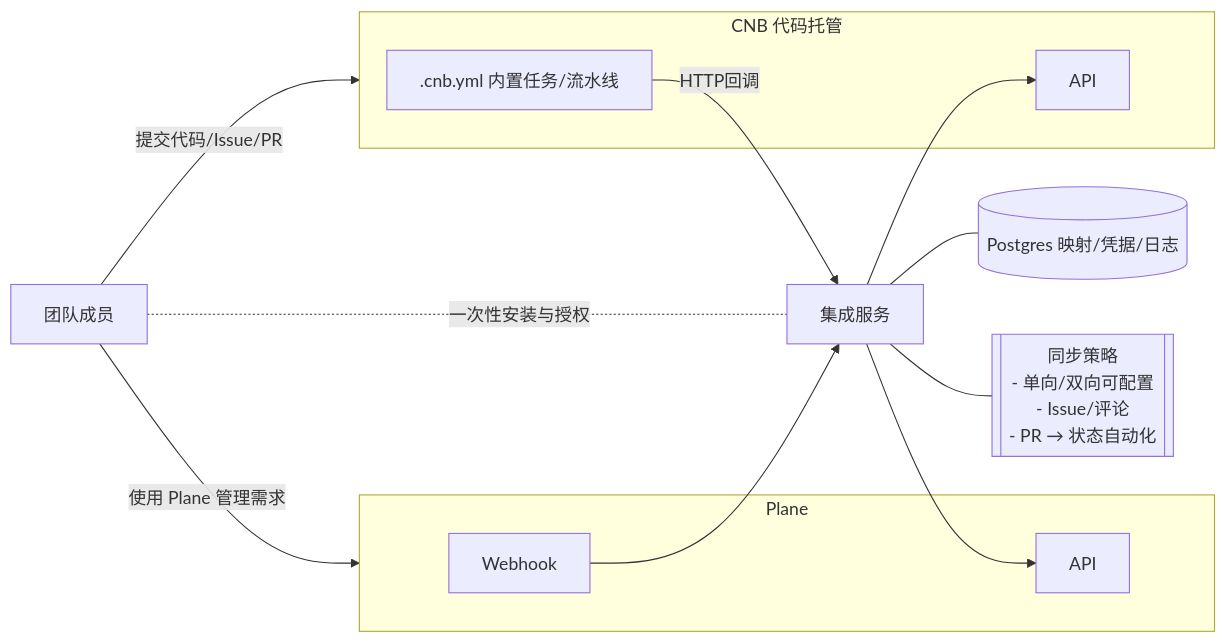
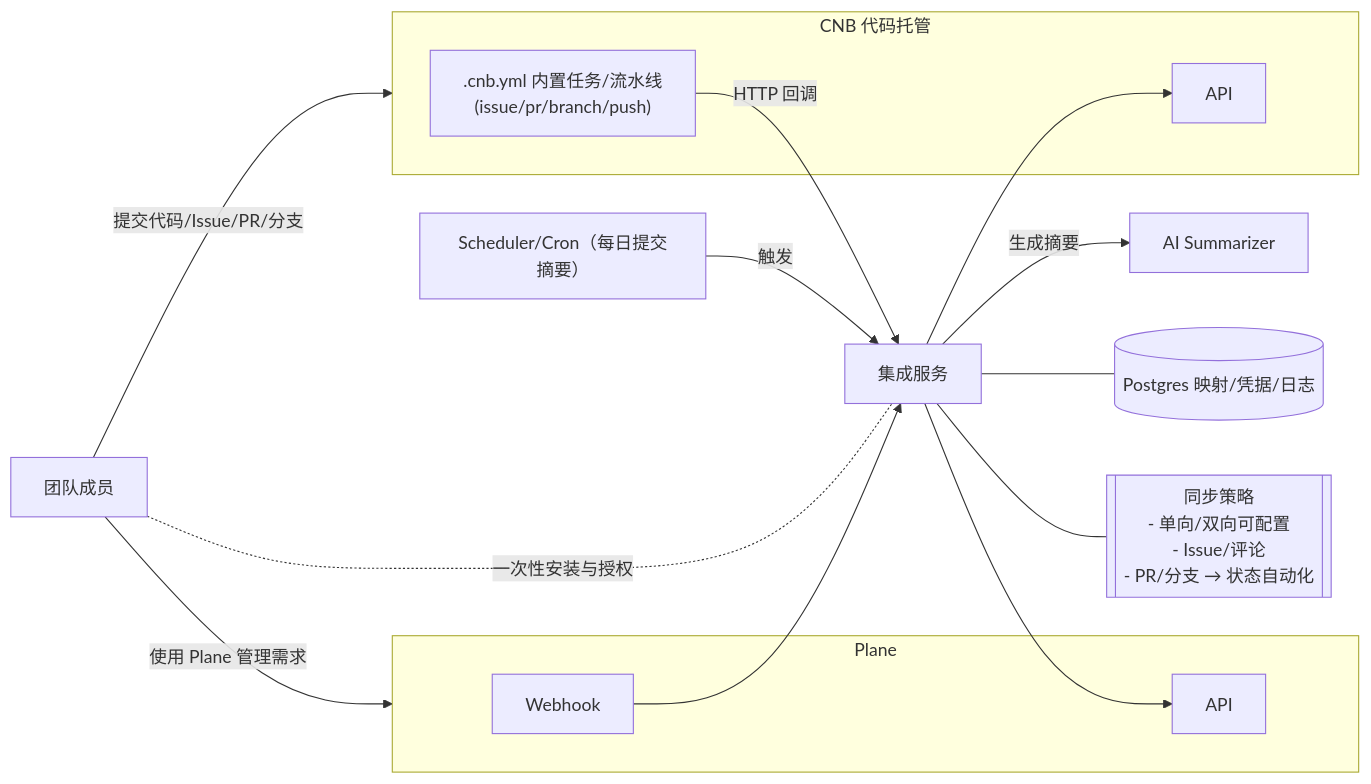
Before and after one commit to CheneyDev/Cabb: the first of 5 diagrams in design/cnb-integration.md, drawn with Mermaid. The commit also changed other lines of this file, not shown here.

````diff
--- a/design/cnb-integration.md
+++ b/design/cnb-integration.md
@@ -1,28 +1,34 @@
 ```mermaid
 flowchart LR
   U[团队成员] -->|使用 Plane 管理需求| PlaneNode
-  U -->|提交代码/Issue/PR| CNBNode
+  U -->|提交代码/Issue/PR/分支| CNBNode
 
   subgraph PlaneNode[Plane]
     PWH[Webhook]
     PAPI[API]
   end
 
   subgraph CNBNode[CNB 代码托管]
-    PIPE[.cnb.yml 内置任务/流水线]
+    PIPE[".cnb.yml 内置任务/流水线<br/>(issue/pr/branch/push)"]
     CAPI[API]
   end
 
-  SVC[集成服务] --> PAPI
+  SVC[集成服务]
+  SVC --> PAPI
   SVC --> CAPI
   PWH --> SVC
-  PIPE -->|HTTP回调| SVC
+  PIPE -->|HTTP 回调| SVC
+
+  SCH[Scheduler/Cron（每日提交摘要）]
+  AI[AI Summarizer]
+  SCH -->|触发| SVC
+  SVC -->|生成摘要| AI
 
   DB[(Postgres 映射/凭据/日志)]
   SVC --- DB
 
   U -. 一次性安装与授权 .- SVC
 
-  CFG[["同步策略<br/>- 单向/双向可配置<br/>- Issue/评论<br/>- PR → 状态自动化"]]
+  CFG[["同步策略<br/>- 单向/双向可配置<br/>- Issue/评论<br/>- PR/分支 → 状态自动化"]]
   SVC --- CFG
 ```
````
